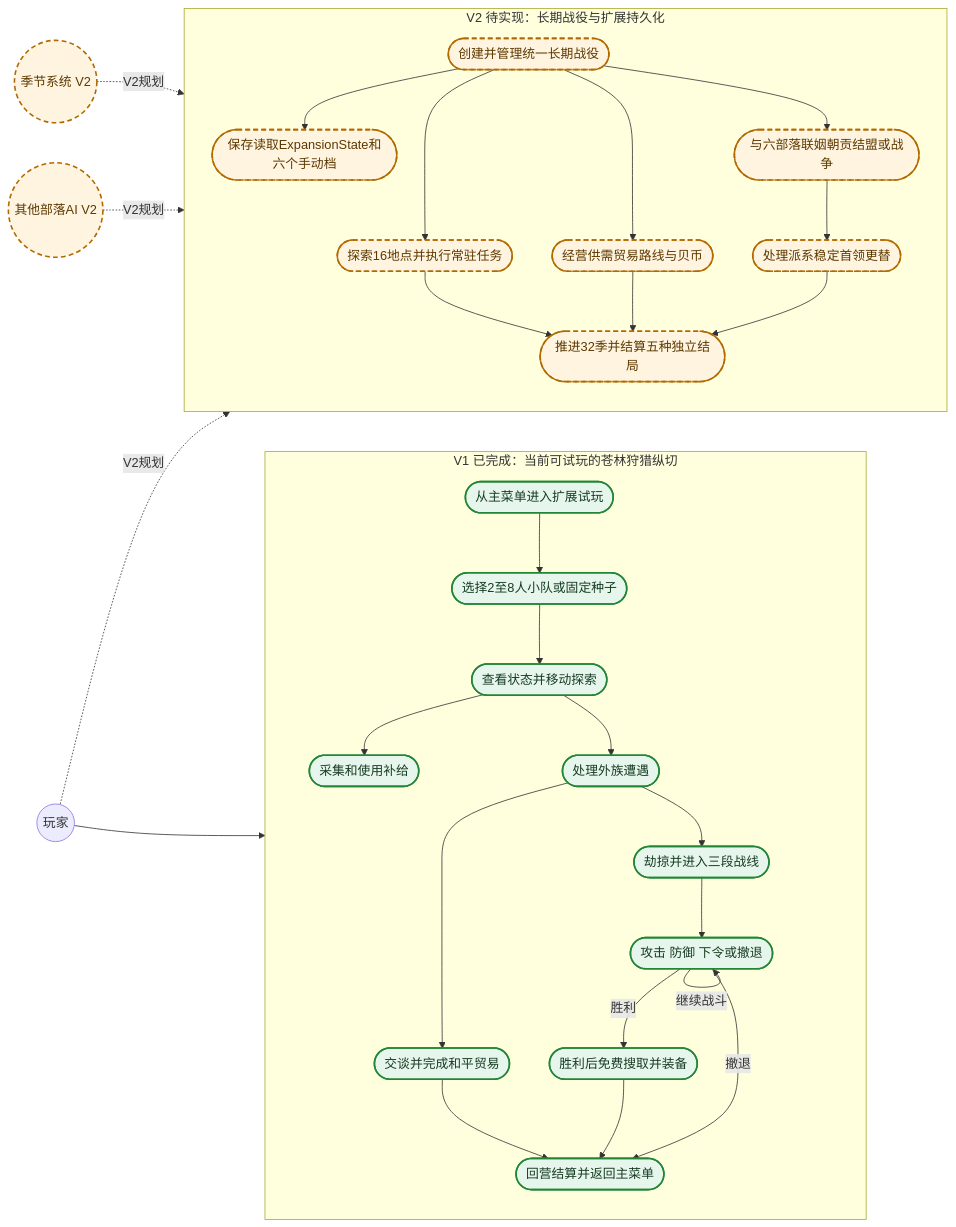
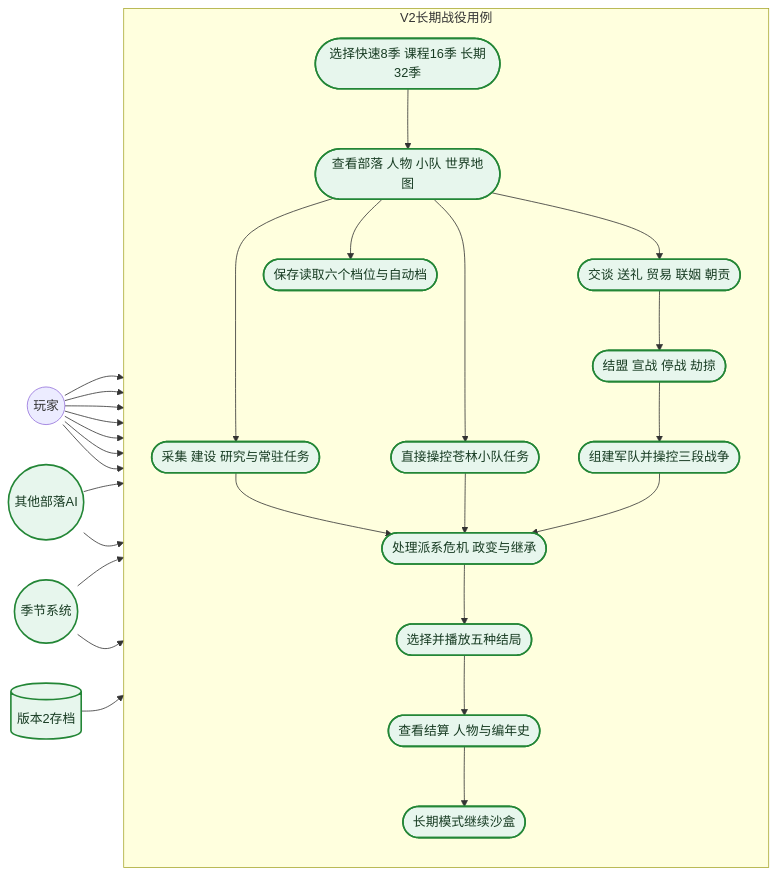
The diagram in formal/docs/diagrams/expanded/02-use-case-expanded.mmd (gs8-79/new-game), drawn with Mermaid before and after one commit. The commit also changed 38 other files, not shown here.

```diff
--- a/formal/docs/diagrams/expanded/02-use-case-expanded.mmd
+++ b/formal/docs/diagrams/expanded/02-use-case-expanded.mmd
@@ -1,53 +1,50 @@
 flowchart LR
     Player((玩家))
+    TribeAI((其他部落AI))
+    Season((季节系统))
+    Storage[(版本2存档)]
 
-    subgraph V1[V1 已完成：当前可试玩的苍林狩猎纵切]
+    subgraph Campaign[V2长期战役用例]
       direction TB
-      UC1([从主菜单进入扩展试玩])
-      UC2([选择2至8人小队或固定种子])
-      UC3([查看状态并移动探索])
-      UC4([采集和使用补给])
-      UC5([处理外族遭遇])
-      UC6([交谈并完成和平贸易])
-      UC7([劫掠并进入三段战线])
-      UC8([攻击 防御 下令或撤退])
-      UC9([胜利后免费搜取并装备])
-      UC10([回营结算并返回主菜单])
+      UC1([选择快速8季 课程16季 长期32季])
+      UC2([查看部落 人物 小队 世界地图])
+      UC3([采集 建设 研究与常驻任务])
+      UC4([直接操控苍林小队任务])
+      UC5([交谈 送礼 贸易 联姻 朝贡])
+      UC6([结盟 宣战 停战 劫掠])
+      UC7([组建军队并操控三段战争])
+      UC8([处理派系危机 政变与继承])
+      UC9([保存读取六个档位与自动档])
+      UC10([选择并播放五种结局])
+      UC11([查看结算 人物与编年史])
+      UC12([长期模式继续沙盒])
 
-      UC1 --> UC2 --> UC3
-      UC3 --> UC4
-      UC3 --> UC5
-      UC5 --> UC6 --> UC10
-      UC5 --> UC7 --> UC8
-      UC8 -- 继续战斗 --> UC8
-      UC8 -- 胜利 --> UC9 --> UC10
-      UC8 -- 撤退 --> UC10
+      UC1 --> UC2
+      UC2 --> UC3
+      UC2 --> UC4
+      UC2 --> UC5
+      UC5 --> UC6
+      UC6 --> UC7
+      UC3 --> UC8
+      UC4 --> UC8
+      UC7 --> UC8
+      UC8 --> UC10 --> UC11
+      UC11 --> UC12
+      UC2 --> UC9
     end
 
-    subgraph V2[V2 待实现：长期战役与扩展持久化]
-      direction TB
-      UC11([创建并管理统一长期战役])
-      UC12([保存读取ExpansionState和六个手动档])
-      UC13([探索16地点并执行常驻任务])
-      UC14([经营供需贸易路线与贝币])
-      UC15([与六部落联姻朝贡结盟或战争])
-      UC16([处理派系稳定首领更替])
-      UC17([推进32季并结算五种独立结局])
-      UC11 --> UC12
-      UC11 --> UC13 --> UC17
-      UC11 --> UC14 --> UC17
-      UC11 --> UC15 --> UC16 --> UC17
-    end
-
-    AI((其他部落AI V2))
-    Clock((季节系统 V2))
-
     Player --> UC1
-    Player -. V2规划 .-> UC11
-    AI -. V2规划 .-> UC15
-    Clock -. V2规划 .-> UC16
+    Player --> UC2
+    Player --> UC4
+    Player --> UC5
+    Player --> UC7
+    Player --> UC9
+    Player --> UC10
+    TribeAI --> UC5
+    TribeAI --> UC6
+    Season --> UC3
+    Season --> UC8
+    Storage --> UC9
 
     classDef done fill:#e7f6ed,stroke:#238636,color:#173b22,stroke-width:2px
-    classDef pending fill:#fff4df,stroke:#b26a00,color:#5c3900,stroke-width:2px,stroke-dasharray: 6 4
-    class UC1,UC2,UC3,UC4,UC5,UC6,UC7,UC8,UC9,UC10 done
-    class UC11,UC12,UC13,UC14,UC15,UC16,UC17,AI,Clock pending
+    class UC1,UC2,UC3,UC4,UC5,UC6,UC7,UC8,UC9,UC10,UC11,UC12,TribeAI,Season,Storage done
```
